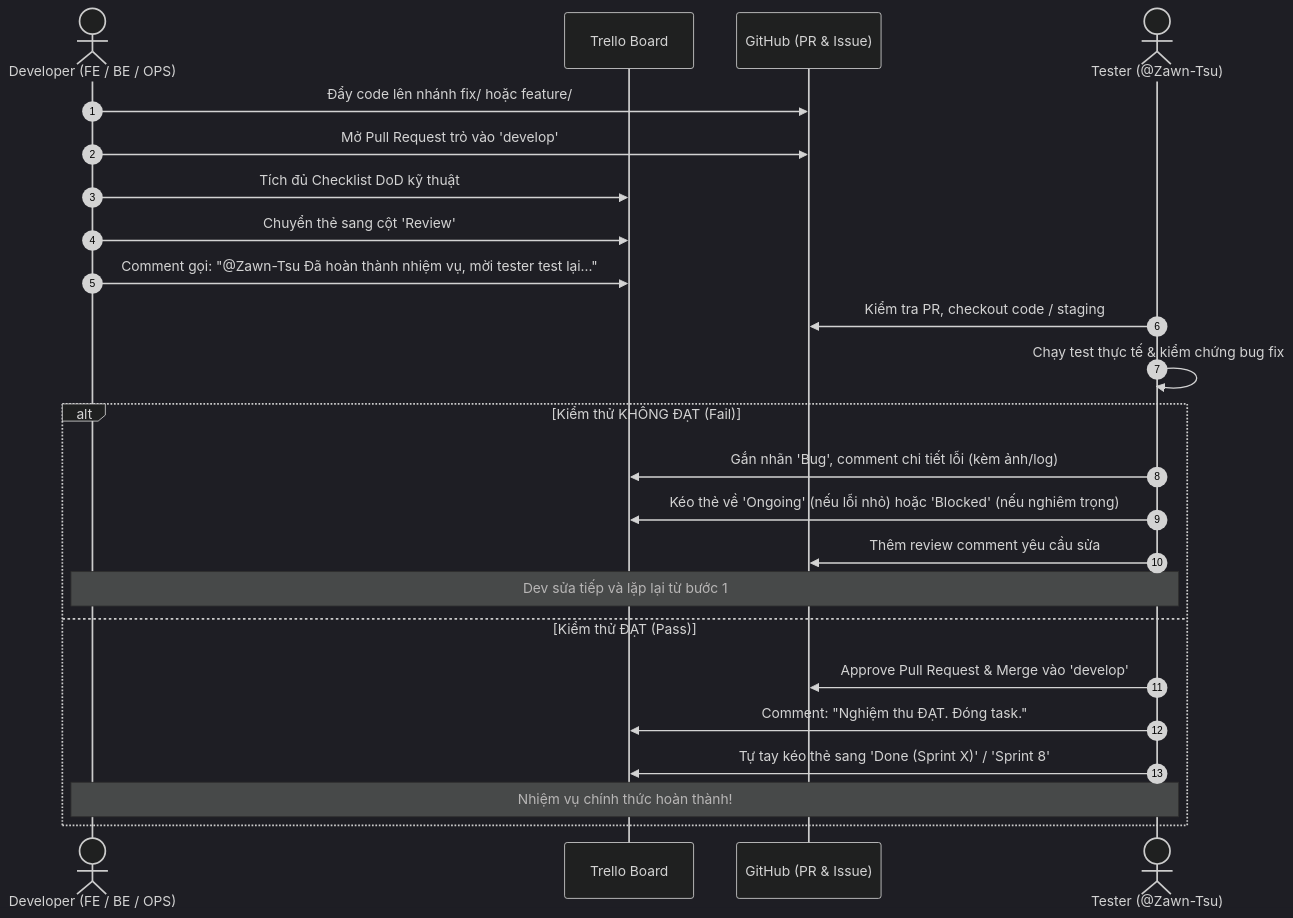
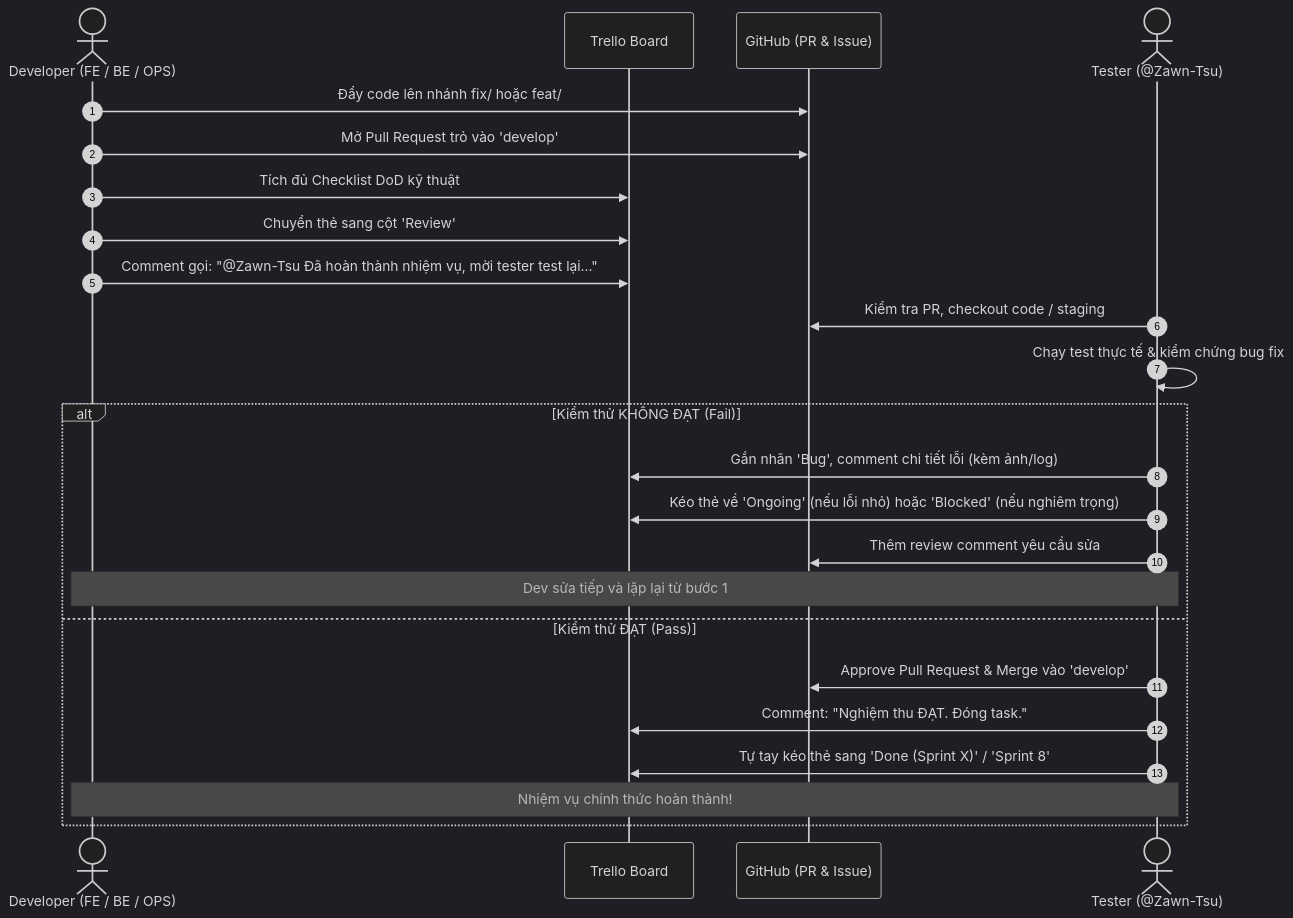
One commit to hotung9108/EnglishHub changed the diagram in docs/guidelines/TRELLO_GITHUB_CONVENTION.md. Above: the diagram before and after it, drawn with Mermaid (dark theme). The commit also changed other lines of this file and 12 other files, not shown here.

````diff
--- a/docs/guidelines/TRELLO_GITHUB_CONVENTION.md
+++ b/docs/guidelines/TRELLO_GITHUB_CONVENTION.md
@@ -114,29 +114,29 @@
 ```mermaid
 sequenceDiagram
     autonumber
     actor Dev as Developer (FE / BE / OPS)
     participant Trello as Trello Board
     participant GitHub as GitHub (PR & Issue)
     actor QA as Tester (@Zawn-Tsu)
 
-    Dev->>GitHub: Đẩy code lên nhánh fix/ hoặc feature/
+    Dev->>GitHub: Đẩy code lên nhánh fix/ hoặc feat/
     Dev->>GitHub: Mở Pull Request trỏ vào 'develop'
     Dev->>Trello: Tích đủ Checklist DoD kỹ thuật
     Dev->>Trello: Chuyển thẻ sang cột 'Review'
     Dev->>Trello: Comment gọi: "@Zawn-Tsu Đã hoàn thành nhiệm vụ, mời tester test lại..."
     
     QA->>GitHub: Kiểm tra PR, checkout code / staging
     QA->>QA: Chạy test thực tế & kiểm chứng bug fix
     
     alt Kiểm thử KHÔNG ĐẠT (Fail)
         QA->>Trello: Gắn nhãn 'Bug', comment chi tiết lỗi (kèm ảnh/log)
         QA->>Trello: Kéo thẻ về 'Ongoing' (nếu lỗi nhỏ) hoặc 'Blocked' (nếu nghiêm trọng)
         QA->>GitHub: Thêm review comment yêu cầu sửa
         Note over Dev,QA: Dev sửa tiếp và lặp lại từ bước 1
     else Kiểm thử ĐẠT (Pass)
         QA->>GitHub: Approve Pull Request & Merge vào 'develop'
         QA->>Trello: Comment: "Nghiệm thu ĐẠT. Đóng task."
         QA->>Trello: Tự tay kéo thẻ sang 'Done (Sprint X)' / 'Sprint 8'
         Note over Dev,QA: Nhiệm vụ chính thức hoàn thành!
     end
 ```
````
